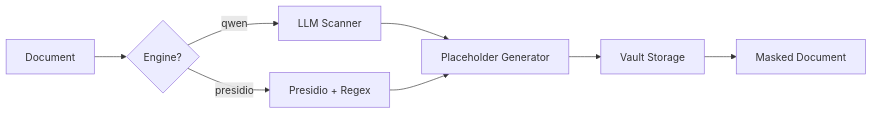
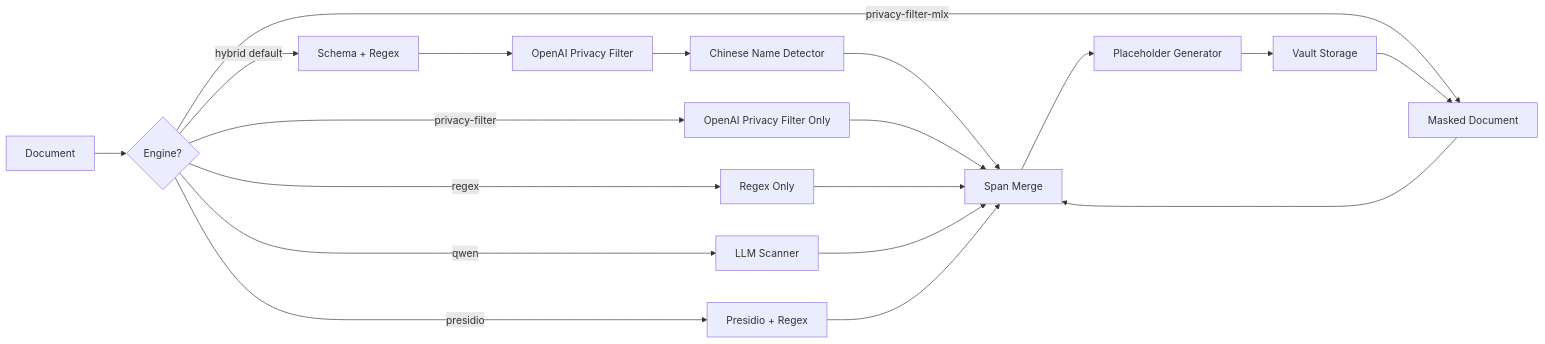
One commit to runes780/vibemask changed the diagram in README.md. Above: the diagram before and after it, drawn with Mermaid. The commit also changed other lines of this file and 32 other files, not shown here.

Commit message:
feat: add native privacy filter masking pipeline

````diff
--- a/README.md
+++ b/README.md
@@ -147,10 +220,21 @@
 ```mermaid
 graph LR
     A[Document] --> B{Engine?}
-    B -->|qwen| C[LLM Scanner]
-    B -->|presidio| D[Presidio + Regex]
-    C --> E[Placeholder Generator]
-    D --> E
-    E --> F[Vault Storage]
-    F --> G[Masked Document]
+    B -->|hybrid default| C[Schema + Regex]
+    C --> D[OpenAI Privacy Filter]
+    D --> E[Chinese Name Detector]
+    B -->|privacy-filter| F[OpenAI Privacy Filter Only]
+    B -->|privacy-filter-mlx| M[MLX Privacy Filter Only]
+    B -->|regex| G[Regex Only]
+    B -->|qwen| H[LLM Scanner]
+    B -->|presidio| I[Presidio + Regex]
+    E --> J[Span Merge]
+    F --> J
+    M --> J
+    G --> J
+    H --> J
+    I --> J
+    J --> K[Placeholder Generator]
+    K --> L[Vault Storage]
+    L --> M[Masked Document]
 ```
````
